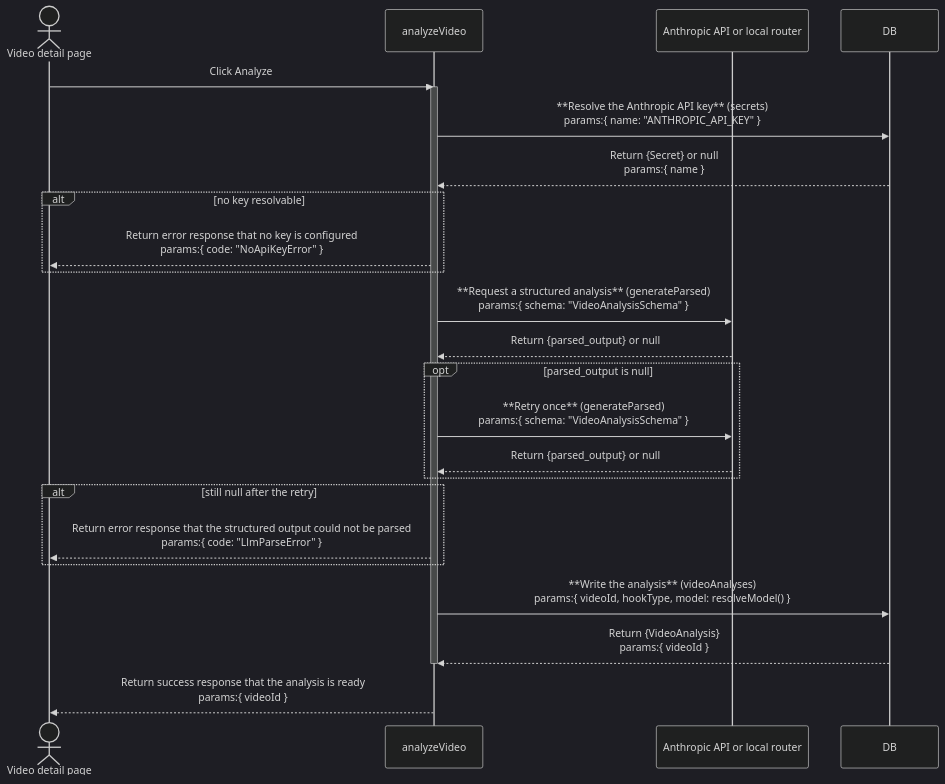
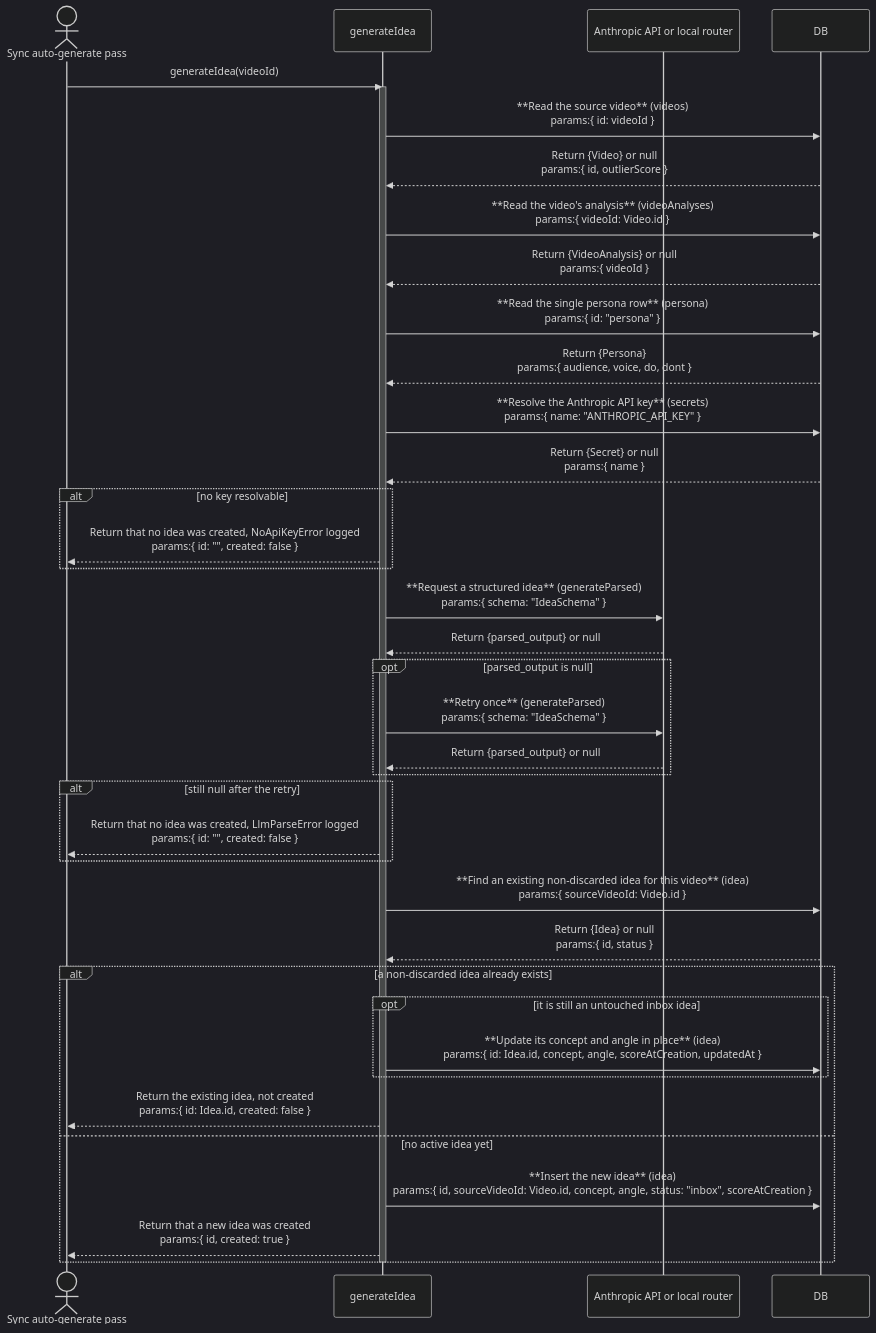
One commit to Kaiships-ai/crowsnest changed the second of 2 diagrams in documents/architect/core-components/llm/02-architecture.md. Above: the diagram before and after it, drawn with Mermaid (dark theme). The commit also changed other lines of this file and 23 other files, not shown here.

First line of the commit message:
docs: sync architect docs to current code (post-v0.3 reconciliation)

````diff
--- a/documents/architect/core-components/llm/02-architecture.md
+++ b/documents/architect/core-components/llm/02-architecture.md
@@ -58,28 +58,42 @@
 ```mermaid
 sequenceDiagram
-    actor UI as Video detail page
-    participant Action as analyzeVideo
+    actor Sync as Sync auto-generate pass
+    participant Idea as generateIdea
     participant Claude as Anthropic API or local router
     participant DB
 
-    UI->>Action: Click Analyze
-    activate Action
-    Action->>DB: **Resolve the Anthropic API key** (secrets)<br/>params:{ name: "ANTHROPIC_API_KEY" }
-    DB-->>Action: Return {Secret} or null<br/>params:{ name }
+    Sync->>Idea: generateIdea(videoId)
+    activate Idea
+    Idea->>DB: **Read the source video** (videos)<br/>params:{ id: videoId }
+    DB-->>Idea: Return {Video} or null<br/>params:{ id, outlierScore }
+    Idea->>DB: **Read the video's analysis** (videoAnalyses)<br/>params:{ videoId: Video.id }
+    DB-->>Idea: Return {VideoAnalysis} or null<br/>params:{ videoId }
+    Idea->>DB: **Read the single persona row** (persona)<br/>params:{ id: "persona" }
+    DB-->>Idea: Return {Persona}<br/>params:{ audience, voice, do, dont }
+    Idea->>DB: **Resolve the Anthropic API key** (secrets)<br/>params:{ name: "ANTHROPIC_API_KEY" }
+    DB-->>Idea: Return {Secret} or null<br/>params:{ name }
     alt no key resolvable
-        Action-->>UI: Return error response that no key is configured<br/>params:{ code: "NoApiKeyError" }
+        Idea-->>Sync: Return that no idea was created, NoApiKeyError logged<br/>params:{ id: "", created: false }
     end
-    Action->>Claude: **Request a structured analysis** (generateParsed)<br/>params:{ schema: "VideoAnalysisSchema" }
-    Claude-->>Action: Return {parsed_output} or null
+    Idea->>Claude: **Request a structured idea** (generateParsed)<br/>params:{ schema: "IdeaSchema" }
+    Claude-->>Idea: Return {parsed_output} or null
     opt parsed_output is null
-        Action->>Claude: **Retry once** (generateParsed)<br/>params:{ schema: "VideoAnalysisSchema" }
-        Claude-->>Action: Return {parsed_output} or null
+        Idea->>Claude: **Retry once** (generateParsed)<br/>params:{ schema: "IdeaSchema" }
+        Claude-->>Idea: Return {parsed_output} or null
     end
     alt still null after the retry
-        Action-->>UI: Return error response that the structured output could not be parsed<br/>params:{ code: "LlmParseError" }
+        Idea-->>Sync: Return that no idea was created, LlmParseError logged<br/>params:{ id: "", created: false }
     end
-    Action->>DB: **Write the analysis** (videoAnalyses)<br/>params:{ videoId, hookType, model: resolveModel() }
-    DB-->>Action: Return {VideoAnalysis}<br/>params:{ videoId }
-    deactivate Action
-    Action-->>UI: Return success response that the analysis is ready<br/>params:{ videoId }
+    Idea->>DB: **Find an existing non-discarded idea for this video** (idea)<br/>params:{ sourceVideoId: Video.id }
+    DB-->>Idea: Return {Idea} or null<br/>params:{ id, status }
+    alt a non-discarded idea already exists
+        opt it is still an untouched inbox idea
+            Idea->>DB: **Update its concept and angle in place** (idea)<br/>params:{ id: Idea.id, concept, angle, scoreAtCreation, updatedAt }
+        end
+        Idea-->>Sync: Return the existing idea, not created<br/>params:{ id: Idea.id, created: false }
+    else no active idea yet
+        Idea->>DB: **Insert the new idea** (idea)<br/>params:{ id, sourceVideoId: Video.id, concept, angle, status: "inbox", scoreAtCreation }
+        Idea-->>Sync: Return that a new idea was created<br/>params:{ id, created: true }
+    end
+    deactivate Idea
 ```
````
